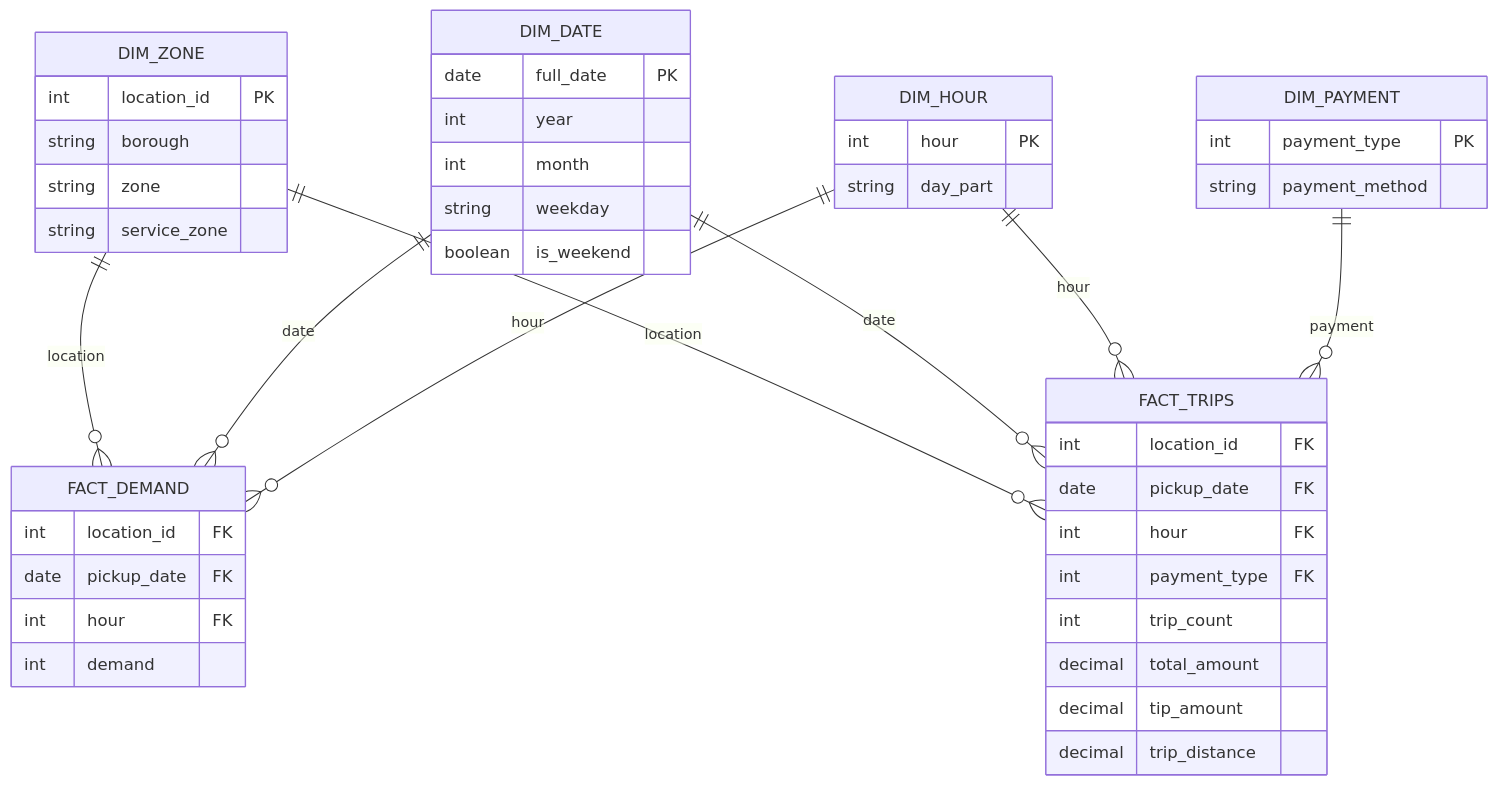
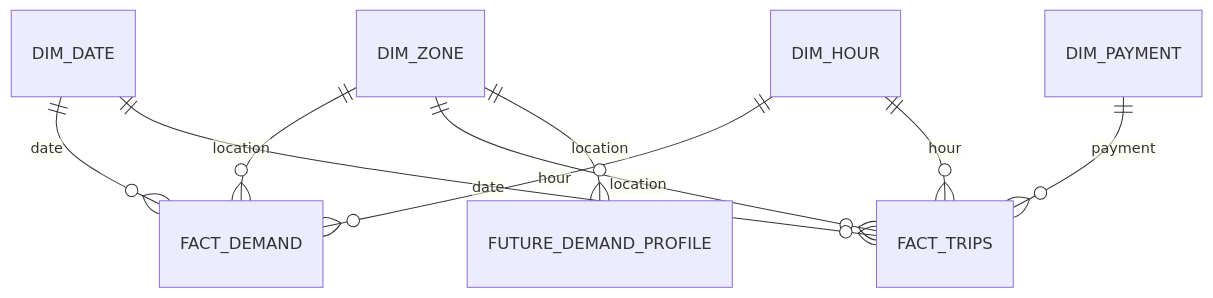
One commit to georgeballa7/NycTaxiDemandForecasting changed the second of 2 diagrams in README.md. Above: the diagram before and after it, drawn with Mermaid. The commit also changed other lines of this file, not shown here.

Commit message:
Update README for incremental forecasting architecture

````diff
--- a/README.md
+++ b/README.md
@@ -63,54 +101,13 @@
 ```mermaid
 erDiagram
-    DIM_ZONE ||--o{ FACT_DEMAND : "location"
-    DIM_DATE ||--o{ FACT_DEMAND : "date"
-    DIM_HOUR ||--o{ FACT_DEMAND : "hour"
+    DIM_ZONE ||--o{ FACT_DEMAND : location
+    DIM_DATE ||--o{ FACT_DEMAND : date
+    DIM_HOUR ||--o{ FACT_DEMAND : hour
 
-    DIM_ZONE ||--o{ FACT_TRIPS : "location"
-    DIM_DATE ||--o{ FACT_TRIPS : "date"
-    DIM_HOUR ||--o{ FACT_TRIPS : "hour"
-    DIM_PAYMENT ||--o{ FACT_TRIPS : "payment"
+    DIM_ZONE ||--o{ FACT_TRIPS : location
+    DIM_DATE ||--o{ FACT_TRIPS : date
+    DIM_HOUR ||--o{ FACT_TRIPS : hour
+    DIM_PAYMENT ||--o{ FACT_TRIPS : payment
 
-    DIM_ZONE {
-        int location_id PK
-        string borough
-        string zone
-        string service_zone
-    }
-
-    DIM_DATE {
-        date full_date PK
-        int year
-        int month
-        string weekday
-        boolean is_weekend
-    }
-
-    DIM_HOUR {
-        int hour PK
-        string day_part
-    }
-
-    DIM_PAYMENT {
-        int payment_type PK
-        string payment_method
-    }
-
-    FACT_DEMAND {
-        int location_id FK
-        date pickup_date FK
-        int hour FK
-        int demand
-    }
-
-    FACT_TRIPS {
-        int location_id FK
-        date pickup_date FK
-        int hour FK
-        int payment_type FK
-        int trip_count
-        decimal total_amount
-        decimal tip_amount
-        decimal trip_distance
-    }
+    DIM_ZONE ||--o{ FUTURE_DEMAND_PROFILE : location
 ```
````
